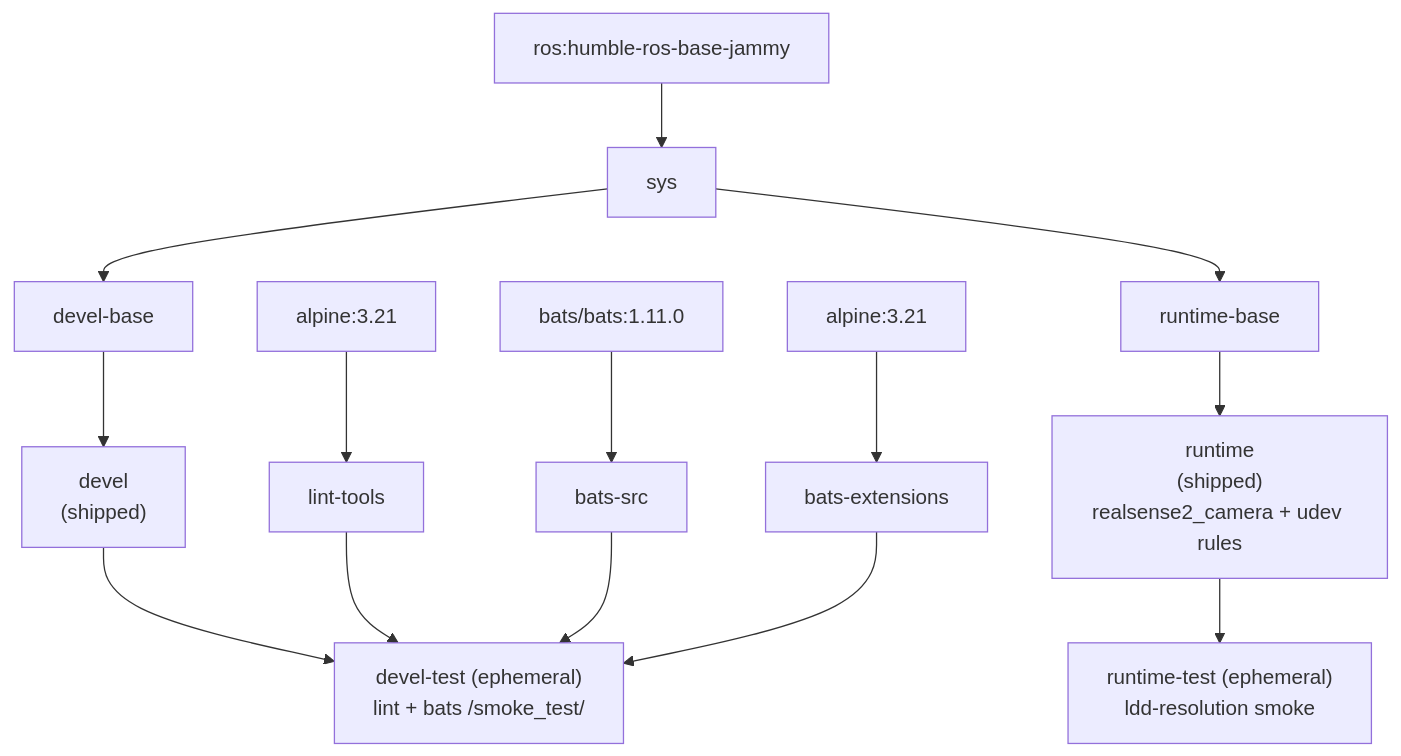
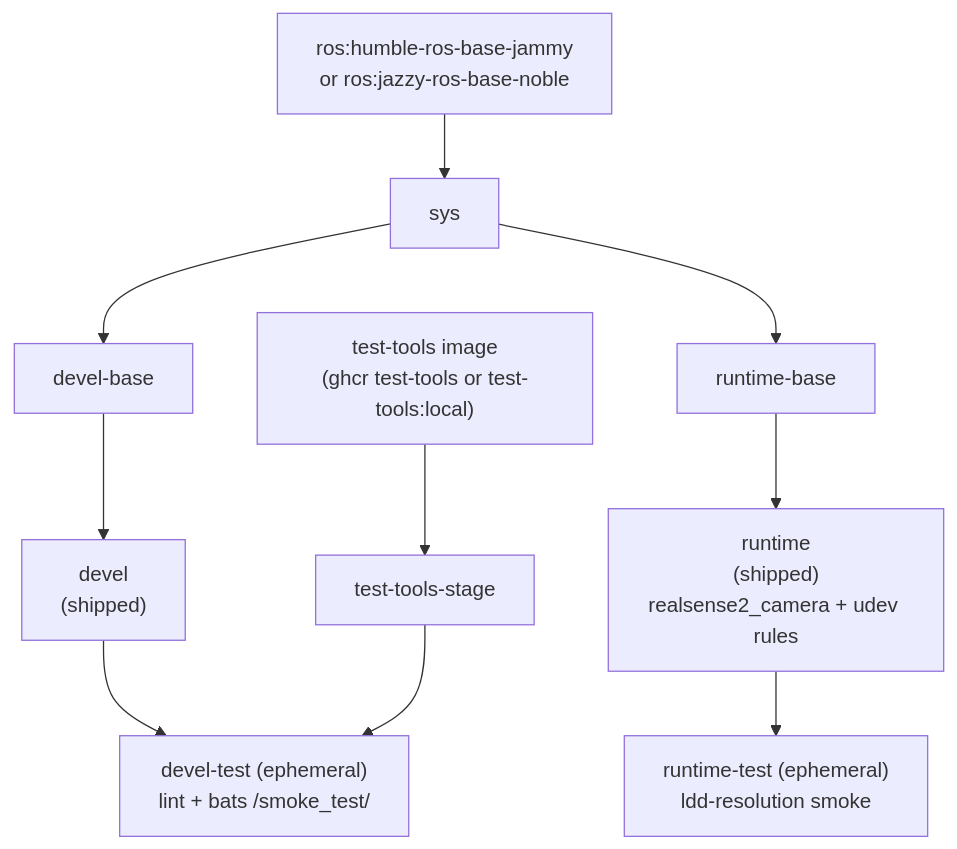
Before and after one commit to ycpss91255-docker/realsense_ros2: the diagram in README.md, drawn with Mermaid. The commit also changed other lines of this file and 7 other files, not shown here.

First line of the commit message:
feat(ci): add Jazzy to the ROS 2 build matrix; bundle Dynamic Calibration Tool on both distros (#66) (#81)

````diff
--- a/README.md
+++ b/README.md
@@ -130,25 +146,19 @@
 ```mermaid
 graph TD
-    EXT1["bats/bats:1.11.0"]
-    EXT2["alpine:3.21"]
-    EXT3["alpine:3.21"]
-    EXT4["ros:humble-ros-base-jammy"]
+    EXT1["test-tools image\n(ghcr test-tools or test-tools:local)"]
+    EXT2["ros:humble-ros-base-jammy\nor ros:jazzy-ros-base-noble"]
 
-    EXT1 --> batssrc["bats-src"]
-    EXT2 --> batsext["bats-extensions"]
-    EXT3 --> lint["lint-tools"]
+    EXT1 --> ttstage["test-tools-stage"]
 
-    EXT4 --> sys["sys"]
+    EXT2 --> sys["sys"]
 
     sys --> develbase["devel-base"]
     develbase --> devel["devel\n(shipped)"]
     devel --> develtest["devel-test (ephemeral)\nlint + bats /smoke_test/"]
 
     sys --> runtimebase["runtime-base"]
     runtimebase --> runtime["runtime\n(shipped)\nrealsense2_camera + udev rules"]
     runtime --> runtimetest["runtime-test (ephemeral)\nldd-resolution smoke"]
 
-    lint --> develtest
-    batssrc --> develtest
-    batsext --> develtest
+    ttstage --> develtest
 ```
````
